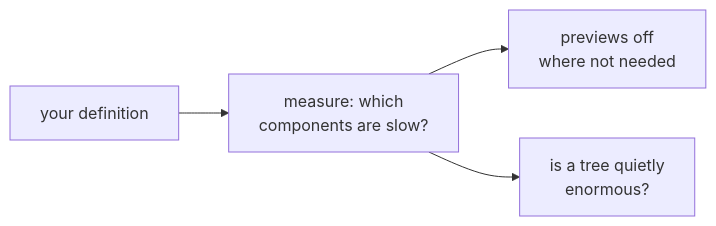
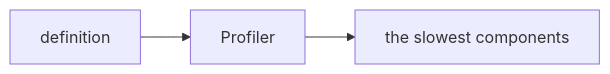
One commit to rccn-teaching/cdf changed the third of 4 diagrams in Lecture/Week_15/goals.md. Above: the diagram before and after it, drawn with Mermaid. The commit also changed other lines of this file and 23 other files, not shown here.

Commit message:
Refactor lecture materials for Weeks 13-15: update README and goals to enhance clarity and structure; adjust session objectives and commands; improve flowcharts and voting processes for better engagement and understanding.

````diff
--- a/Lecture/Week_15/goals.md
+++ b/Lecture/Week_15/goals.md
@@ -47,6 +57,7 @@
 ```mermaid
 flowchart LR
-    D["your definition"] --> M["measure: which<br/>components are slow?"]
-    M --> P["previews off<br/>where not needed"]
-    M --> T["is a tree quietly<br/>enormous?"]
+    M0["definition"]
+    P1["Profiler"]
+    S2["the slowest components"]
+    M0 --> P1 --> S2
 ```
````
